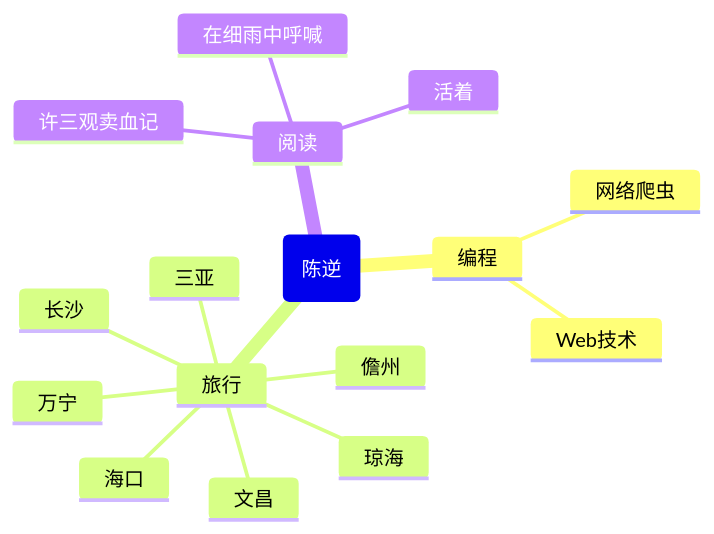
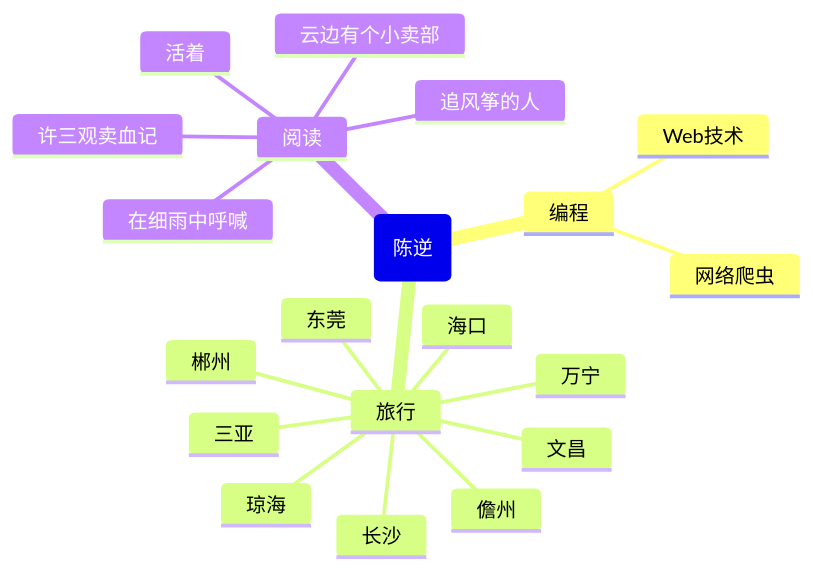
One commit to qichenxiaoni/qichenxiaoni changed the diagram in README.md. Above: the diagram before and after it, drawn with Mermaid. The commit also changed other lines of this file, not shown here.

````diff
--- a/README.md
+++ b/README.md
@@ -164,19 +123,23 @@
 ```mermaid
 mindmap
     root(陈逆)
         编程
             Web技术
             网络爬虫
         旅行
             海口
             长沙
             文昌
             万宁
             琼海
             三亚
             儋州
+            东莞
+            郴州
         阅读
             活着
             在细雨中呼喊
             许三观卖血记
+            云边有个小卖部
+            追风筝的人
 ```
````
